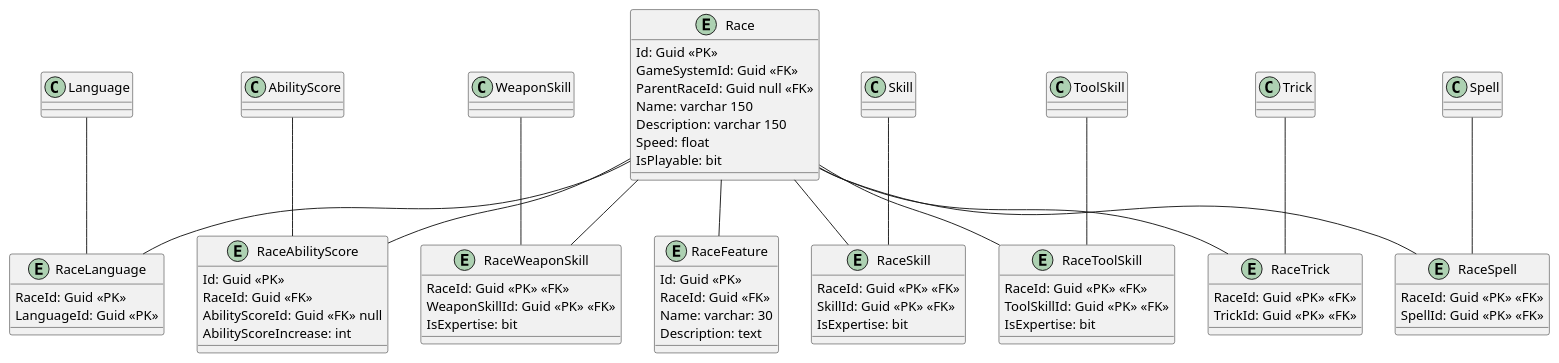
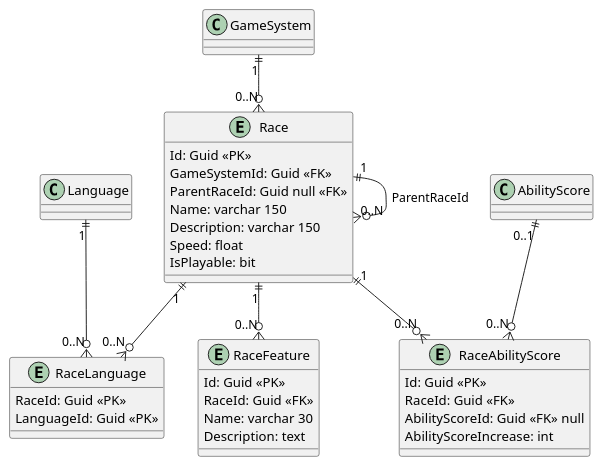
The diagram in Diagrams/Race_Diagram.puml (LucasZottis/RPGManager), drawn with PlantUML before and after one commit.

Commit message:
Refactor RaceDiagram entities and relationships

```diff
--- a/Diagrams/Race_Diagram.puml
+++ b/Diagrams/Race_Diagram.puml
@@ -1,81 +1,85 @@
 @startuml Race_Diagram.puml
 entity Race {
     Id: Guid <<PK>>
     GameSystemId: Guid <<FK>>
     ParentRaceId: Guid null <<FK>>
     Name: varchar 150
     Description: varchar 150
     Speed: float
     IsPlayable: bit
 }
 
 entity RaceLanguage {
     RaceId: Guid <<PK>>
     LanguageId: Guid <<PK>>
 }
 
 entity RaceAbilityScore {
     Id: Guid <<PK>>
     RaceId: Guid <<FK>>
     AbilityScoreId: Guid <<FK>> null
     AbilityScoreIncrease: int
 }
 
 entity RaceFeature {
     Id: Guid <<PK>>
     RaceId: Guid <<FK>>
-    Name: varchar: 30
+    Name: varchar 30
     Description: text
 }
 
-entity RaceWeaponSkill {
-    RaceId: Guid <<PK>> <<FK>>
-    WeaponSkillId: Guid <<PK>> <<FK>>
-    IsExpertise: bit
-}
+'entity RaceWeaponSkill {
+'    RaceId: Guid <<PK>> <<FK>>
+'    WeaponSkillId: Guid <<PK>> <<FK>>
+'    IsExpertise: bit
+'}
 
-entity RaceSkill {
-    RaceId: Guid <<PK>> <<FK>>
-    SkillId: Guid <<PK>> <<FK>>
-    IsExpertise: bit
-}
+'entity RaceSkill {
+'    RaceId: Guid <<PK>> <<FK>>
+'    SkillId: Guid <<PK>> <<FK>>
+'    IsExpertise: bit
+'}
 
-entity RaceToolSkill {
-    RaceId: Guid <<PK>> <<FK>>
-    ToolSkillId: Guid <<PK>> <<FK>>
-    IsExpertise: bit
-}
+'entity RaceToolSkill {
+'    RaceId: Guid <<PK>> <<FK>>
+'    ToolSkillId: Guid <<PK>> <<FK>>
+'    IsExpertise: bit
+'}
 
-entity RaceTrick {
-    RaceId: Guid <<PK>> <<FK>>
-    TrickId: Guid <<PK>> <<FK>>
-}
+'entity RaceTrick {
+'    RaceId: Guid <<PK>> <<FK>>
+'    TrickId: Guid <<PK>> <<FK>>
+'}
 
-entity RaceSpell {
-    RaceId: Guid <<PK>> <<FK>>
-    SpellId: Guid <<PK>> <<FK>>
-}
+'entity RaceSpell {
+'    RaceId: Guid <<PK>> <<FK>>
+'    SpellId: Guid <<PK>> <<FK>>
+'}
 
-Race -- RaceLanguage
-Language -- RaceLanguage
+GameSystem "1" ||--o{ "0..N" Race
 
-Race -- RaceAbilityScore
-AbilityScore -- RaceAbilityScore
+Race "1" ||--o{ "0..N" Race : ParentRaceId
 
-Race -- RaceFeature
+Race "1" ||--o{ "0..N" RaceLanguage
+Language "1" ||--o{ "0..N" RaceLanguage
 
-Race -- RaceWeaponSkill
-WeaponSkill -- RaceWeaponSkill
+Race "1" ||--o{ "0..N" RaceAbilityScore
+AbilityScore "0..1" ||--o{ "0..N" RaceAbilityScore
 
-Race -- RaceSkill
-Skill -- RaceSkill
+Race "1" ||--o{ "0..N" RaceFeature
 
-Race -- RaceToolSkill
-ToolSkill -- RaceToolSkill
+'Race -- RaceWeaponSkill
+'WeaponSkill -- RaceWeaponSkill
 
-Race -- RaceTrick
-Trick -- RaceTrick
+'Race -- RaceSkill
+'Skill -- RaceSkill
 
-Race -- RaceSpell
-Spell -- RaceSpell
+'Race -- RaceToolSkill
+'ToolSkill -- RaceToolSkill
+
+'Race -- RaceTrick
+'Trick -- RaceTrick
+
+'Race -- RaceSpell
+'Spell -- RaceSpell
 @enduml
```
